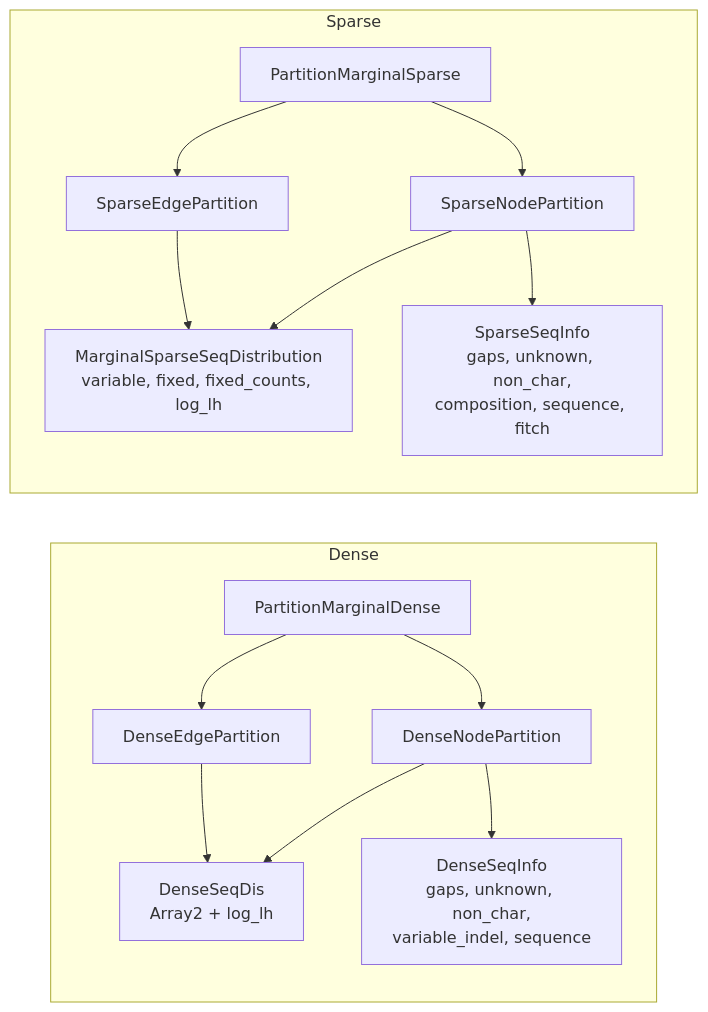
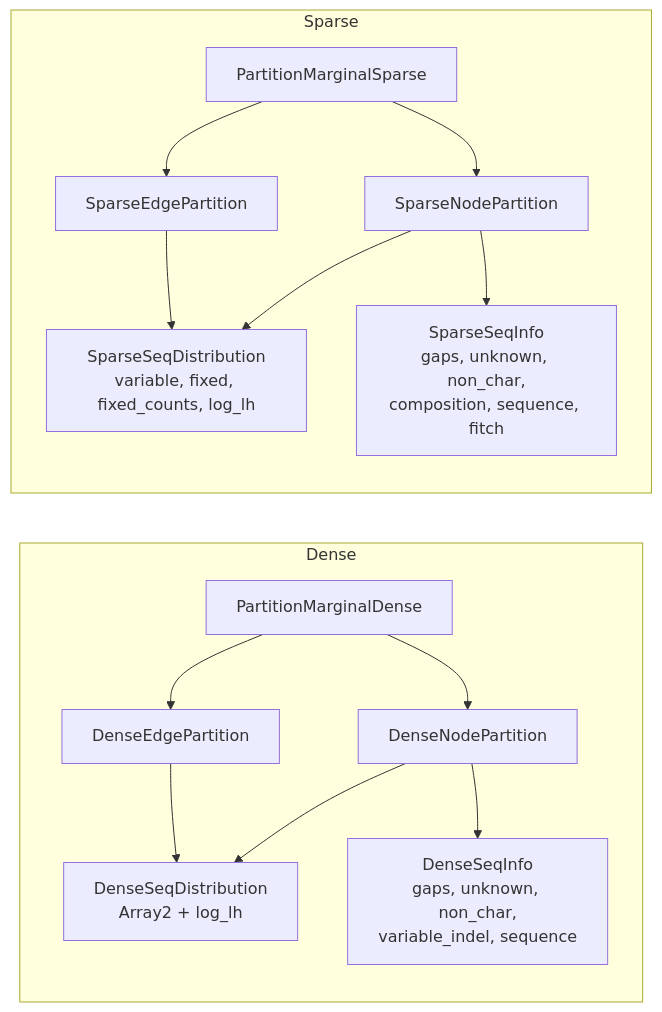
One commit to neherlab/treetime changed the diagram in kb/issues/N-representation-dense-sparse-partition-asymmetry.md. Above: the diagram before and after it, drawn with Mermaid. The commit also changed other lines of this file and 20 other files, not shown here.

````diff
--- a/kb/issues/N-representation-dense-sparse-partition-asymmetry.md
+++ b/kb/issues/N-representation-dense-sparse-partition-asymmetry.md
@@ -7,20 +7,20 @@
 ```mermaid
 graph LR
     subgraph dense ["Dense"]
         direction TB
         D_P["PartitionMarginalDense"] --> D_N["DenseNodePartition"]
         D_P --> D_E["DenseEdgePartition"]
-        D_N --> D_dis["DenseSeqDis<br/>Array2 + log_lh"]
+        D_N --> D_dis["DenseSeqDistribution<br/>Array2 + log_lh"]
         D_N --> D_seq["DenseSeqInfo<br/>gaps, unknown, non_char,<br/>variable_indel, sequence"]
         D_E --> D_dis
     end
 
     subgraph sparse ["Sparse"]
         direction TB
         S_P["PartitionMarginalSparse"] --> S_N["SparseNodePartition"]
         S_P --> S_E["SparseEdgePartition"]
-        S_N --> S_dis["MarginalSparseSeqDistribution<br/>variable, fixed, fixed_counts, log_lh"]
+        S_N --> S_dis["SparseSeqDistribution<br/>variable, fixed, fixed_counts, log_lh"]
         S_N --> S_seq["SparseSeqInfo<br/>gaps, unknown, non_char,<br/>composition, sequence, fitch"]
         S_E --> S_dis
     end
 ```
````
